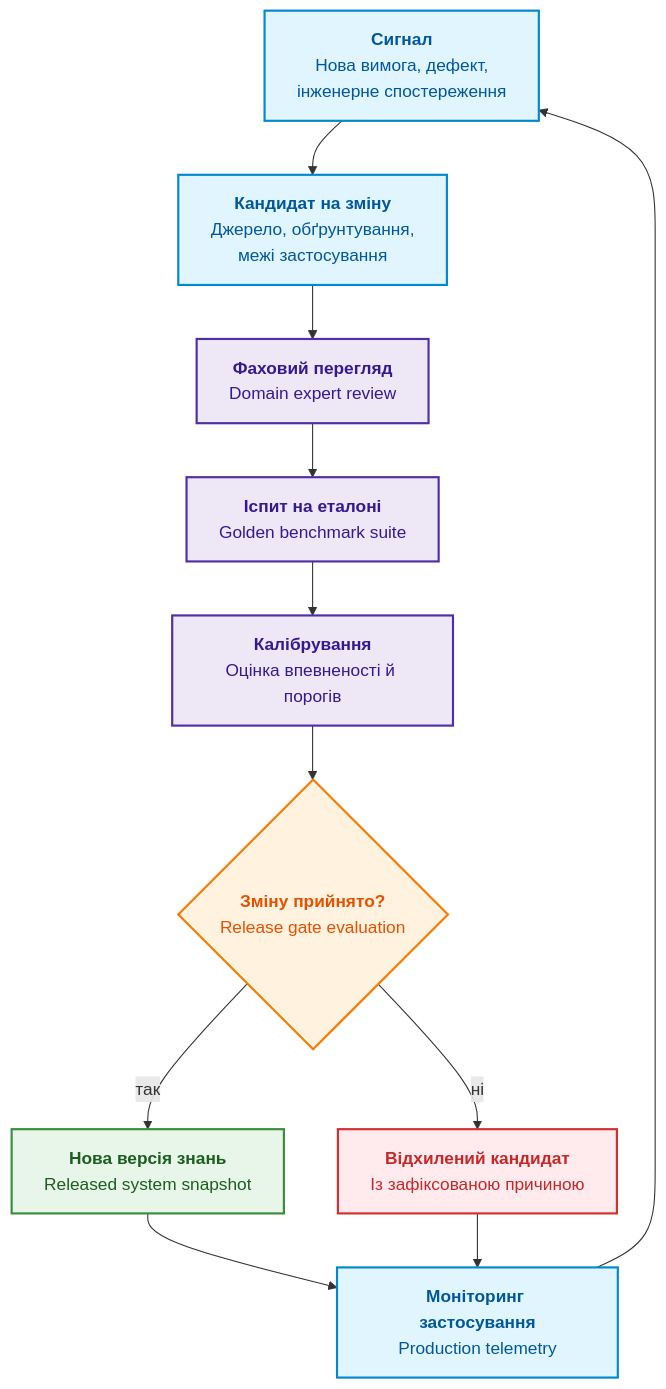
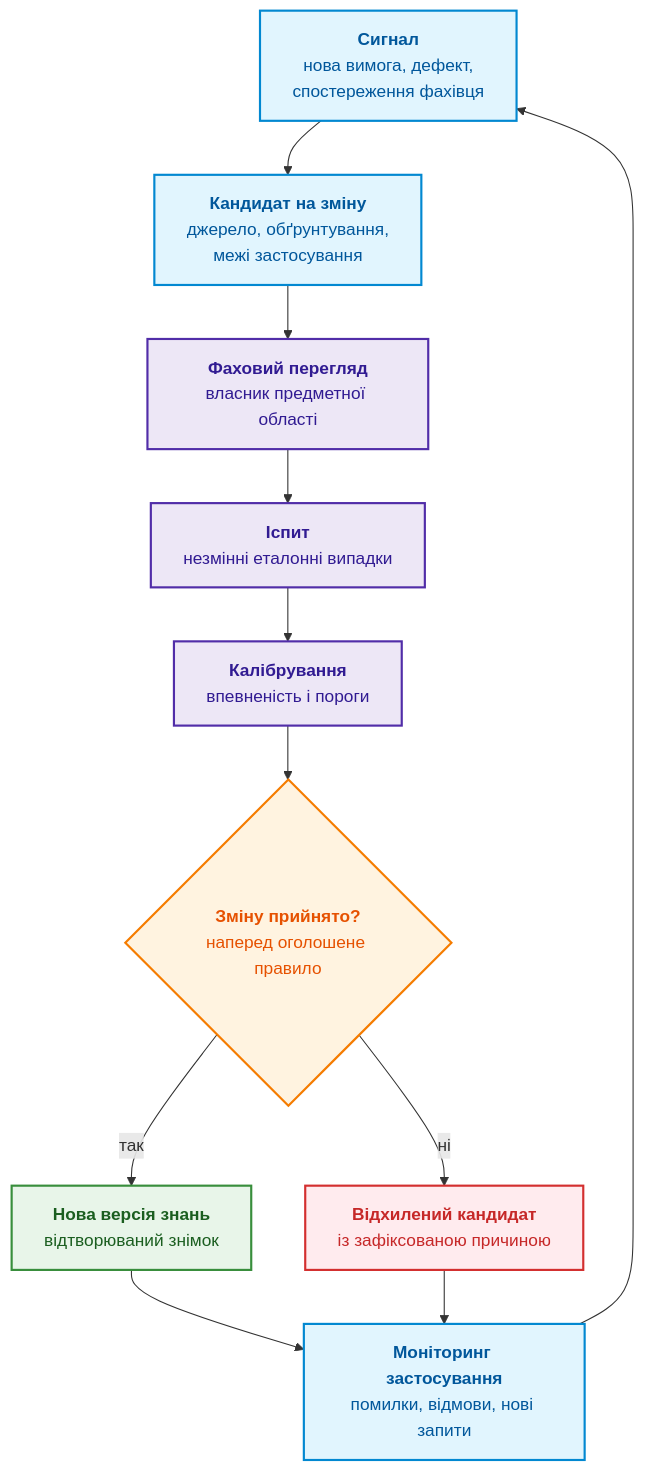
Before and after one commit to nick-fedchik/articles: the first of 6 diagrams in ExpertSystem/ch25-how-expert-systems-learn.md, drawn with Mermaid. The commit also changed other lines of this file, not shown here.

````diff
--- a/ExpertSystem/ch25-how-expert-systems-learn.md
+++ b/ExpertSystem/ch25-how-expert-systems-learn.md
@@ -81,28 +53,28 @@
 ```mermaid
 flowchart TB
     accTitle: Життєвий цикл керованої зміни знань
-    accDescr: Від сигналу та формування кандидата через фаховий перегляд, іспит і калібрування до випуску версії знань.
+    accDescr: Сигнал перетворюється на кандидата, кандидат проходить фаховий перегляд, іспит і калібрування, рішення про випуск створює нову версію або фіксує відхилення, а моніторинг породжує нові сигнали.
 
-    Signal["<b>Сигнал</b><br/>Нова вимога, дефект,<br/>інженерне спостереження"] --> Candidate["<b>Кандидат на зміну</b><br/>Джерело, обґрунтування,<br/>межі застосування"]
-    Candidate --> Review["<b>Фаховий перегляд</b><br/>Domain expert review"]
-    Review --> Exam["<b>Іспит на еталоні</b><br/>Golden benchmark suite"]
-    Exam --> Calibration["<b>Калібрування</b><br/>Оцінка впевненості й порогів"]
-    Calibration --> Decision{"<b>Зміну прийнято?</b><br/>Release gate evaluation"}
-    Decision -- "так" --> Version["<b>Нова версія знань</b><br/>Released system snapshot"]
-    Decision -- "ні" --> Rejected["<b>Відхилений кандидат</b><br/>Із зафіксованою причиною"]
-    Version --> Monitor["<b>Моніторинг застосування</b><br/>Production telemetry"]
+    Signal["<b>Сигнал</b><br/>нова вимога, дефект,<br/>спостереження фахівця"] --> Candidate["<b>Кандидат на зміну</b><br/>джерело, обґрунтування,<br/>межі застосування"]
+    Candidate --> Review["<b>Фаховий перегляд</b><br/>власник предметної області"]
+    Review --> Exam["<b>Іспит</b><br/>незмінні еталонні випадки"]
+    Exam --> Calibration["<b>Калібрування</b><br/>впевненість і пороги"]
+    Calibration --> Decision{"<b>Зміну прийнято?</b><br/>наперед оголошене правило"}
+    Decision -- "так" --> Version["<b>Нова версія знань</b><br/>відтворюваний знімок"]
+    Decision -- "ні" --> Rejected["<b>Відхилений кандидат</b><br/>із зафіксованою причиною"]
+    Version --> Monitor["<b>Моніторинг застосування</b><br/>помилки, відмови, нові запити"]
     Rejected --> Monitor
     Monitor --> Signal
 
     classDef sig fill:#e1f5fe,stroke:#0288d1,stroke-width:2px,color:#01579b;
     classDef rev fill:#ede7f6,stroke:#512da8,stroke-width:2px,color:#311b92;
     classDef gate fill:#fff3e0,stroke:#f57c00,stroke-width:2px,color:#e65100;
     classDef ok fill:#e8f5e9,stroke:#388e3c,stroke-width:2px,color:#1b5e20;
     classDef fail fill:#ffebee,stroke:#d32f2f,stroke-width:2px,color:#c62828;
 
     class Signal,Candidate,Monitor sig;
     class Review,Exam,Calibration rev;
     class Decision gate;
     class Version ok;
     class Rejected fail;
 ```
````
